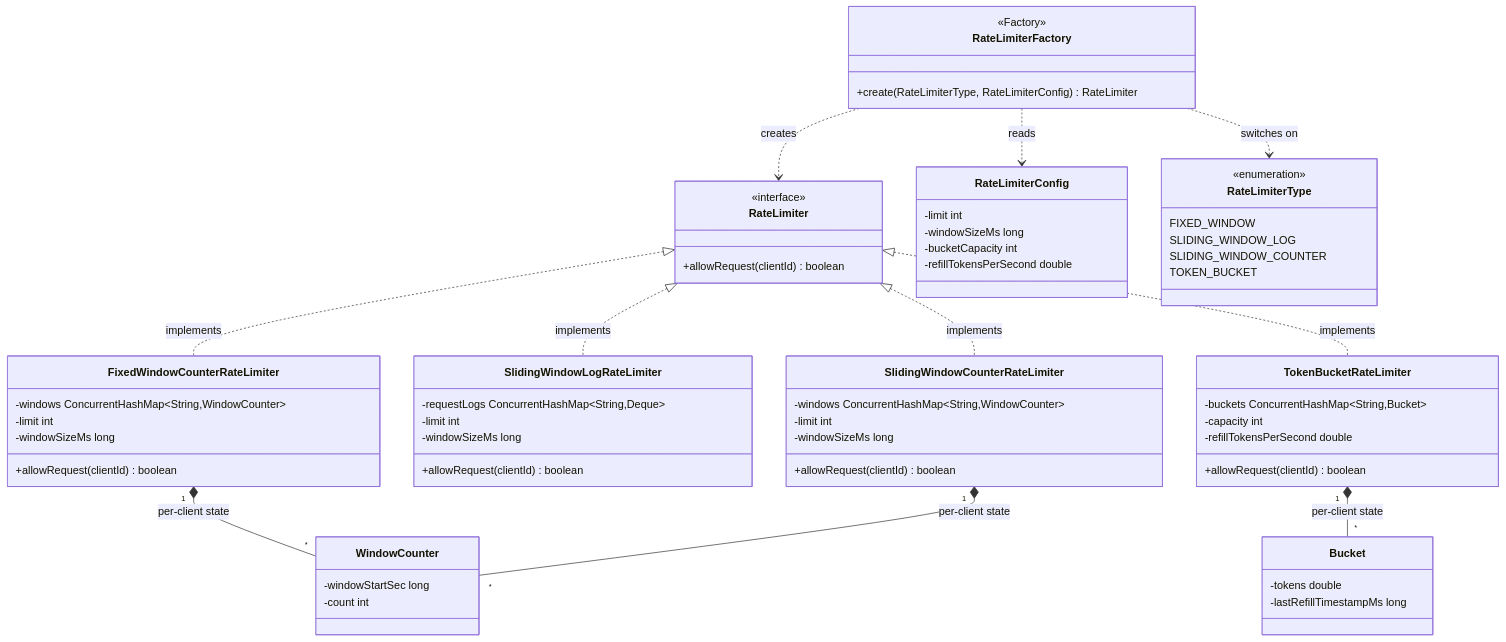
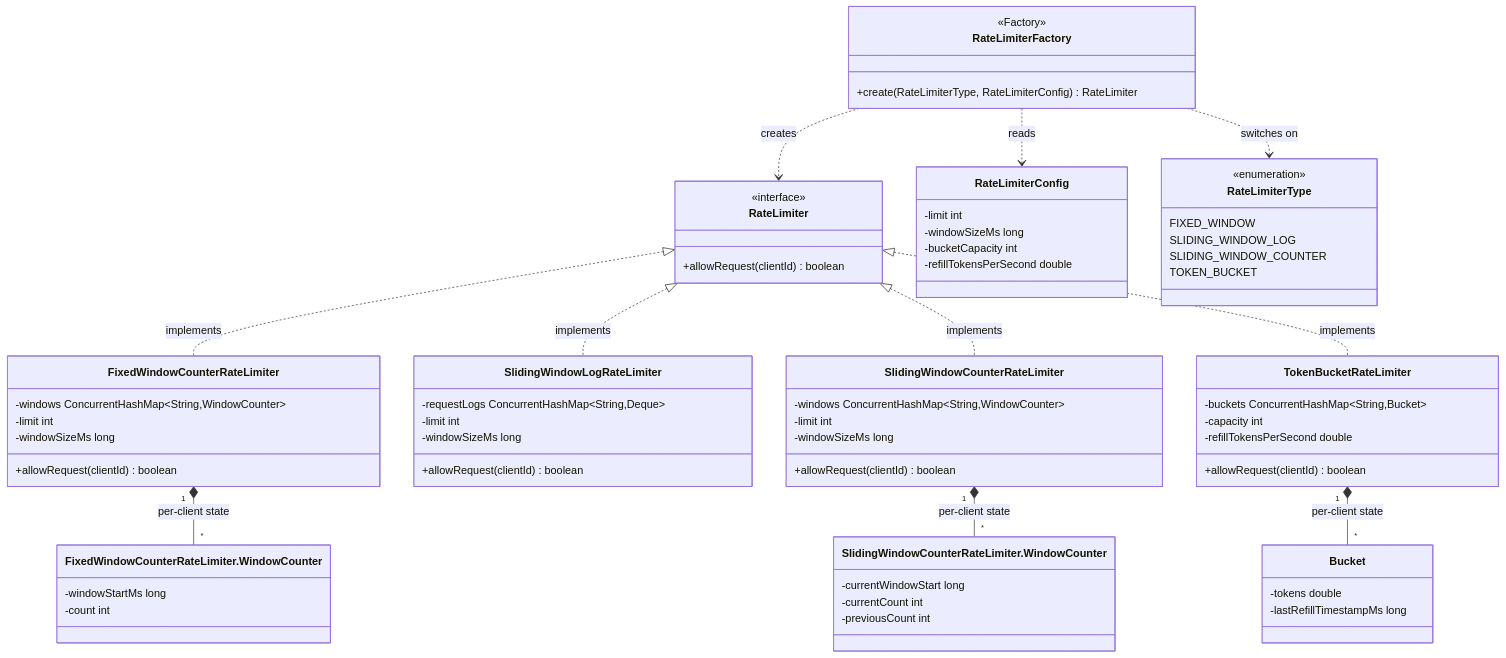
One commit to rppol/system-design changed the first of 4 diagrams in src/main/java/com/rutik/systemdesign/lld/system_design_problems/RateLimiter_README.md. Above: the diagram before and after it, drawn with Mermaid. The commit also changed other lines of this file and 22 other files, not shown here.

````diff
--- a/src/main/java/com/rutik/systemdesign/lld/system_design_problems/RateLimiter_README.md
+++ b/src/main/java/com/rutik/systemdesign/lld/system_design_problems/RateLimiter_README.md
@@ -47,76 +47,82 @@
 ```mermaid
 classDiagram
     class RateLimiter {
         <<interface>>
         +allowRequest(clientId) boolean
     }
 
     class FixedWindowCounterRateLimiter {
         -windows ConcurrentHashMap~String,WindowCounter~
         -limit int
         -windowSizeMs long
         +allowRequest(clientId) boolean
     }
 
     class SlidingWindowLogRateLimiter {
         -requestLogs ConcurrentHashMap~String,Deque~
         -limit int
         -windowSizeMs long
         +allowRequest(clientId) boolean
     }
 
     class SlidingWindowCounterRateLimiter {
         -windows ConcurrentHashMap~String,WindowCounter~
         -limit int
         -windowSizeMs long
         +allowRequest(clientId) boolean
     }
 
     class TokenBucketRateLimiter {
         -buckets ConcurrentHashMap~String,Bucket~
         -capacity int
         -refillTokensPerSecond double
         +allowRequest(clientId) boolean
     }
 
     class RateLimiterFactory {
         <<Factory>>
         +create(RateLimiterType, RateLimiterConfig) RateLimiter
     }
 
     class RateLimiterConfig {
         -limit int
         -windowSizeMs long
         -bucketCapacity int
         -refillTokensPerSecond double
     }
 
     class RateLimiterType {
         <<enumeration>>
         FIXED_WINDOW
         SLIDING_WINDOW_LOG
         SLIDING_WINDOW_COUNTER
         TOKEN_BUCKET
     }
 
-    class WindowCounter {
-        -windowStartSec long
+    class FixedWindowCounter["FixedWindowCounterRateLimiter.WindowCounter"] {
+        -windowStartMs long
         -count int
+    }
+
+    class SlidingWindowCounter["SlidingWindowCounterRateLimiter.WindowCounter"] {
+        -currentWindowStart long
+        -currentCount int
+        -previousCount int
     }
 
     class Bucket {
         -tokens double
         -lastRefillTimestampMs long
     }
 
     RateLimiter <|.. FixedWindowCounterRateLimiter : implements
     RateLimiter <|.. SlidingWindowLogRateLimiter : implements
     RateLimiter <|.. SlidingWindowCounterRateLimiter : implements
     RateLimiter <|.. TokenBucketRateLimiter : implements
     RateLimiterFactory ..> RateLimiterConfig : reads
     RateLimiterFactory ..> RateLimiterType : switches on
     RateLimiterFactory ..> RateLimiter : creates
-    FixedWindowCounterRateLimiter "1" *-- "*" WindowCounter : per-client state
-    SlidingWindowCounterRateLimiter "1" *-- "*" WindowCounter : per-client state
+    FixedWindowCounterRateLimiter "1" *-- "*" FixedWindowCounter : per-client state
+    SlidingWindowCounterRateLimiter "1" *-- "*" SlidingWindowCounter : per-client state
     TokenBucketRateLimiter "1" *-- "*" Bucket : per-client state
 ```
````
